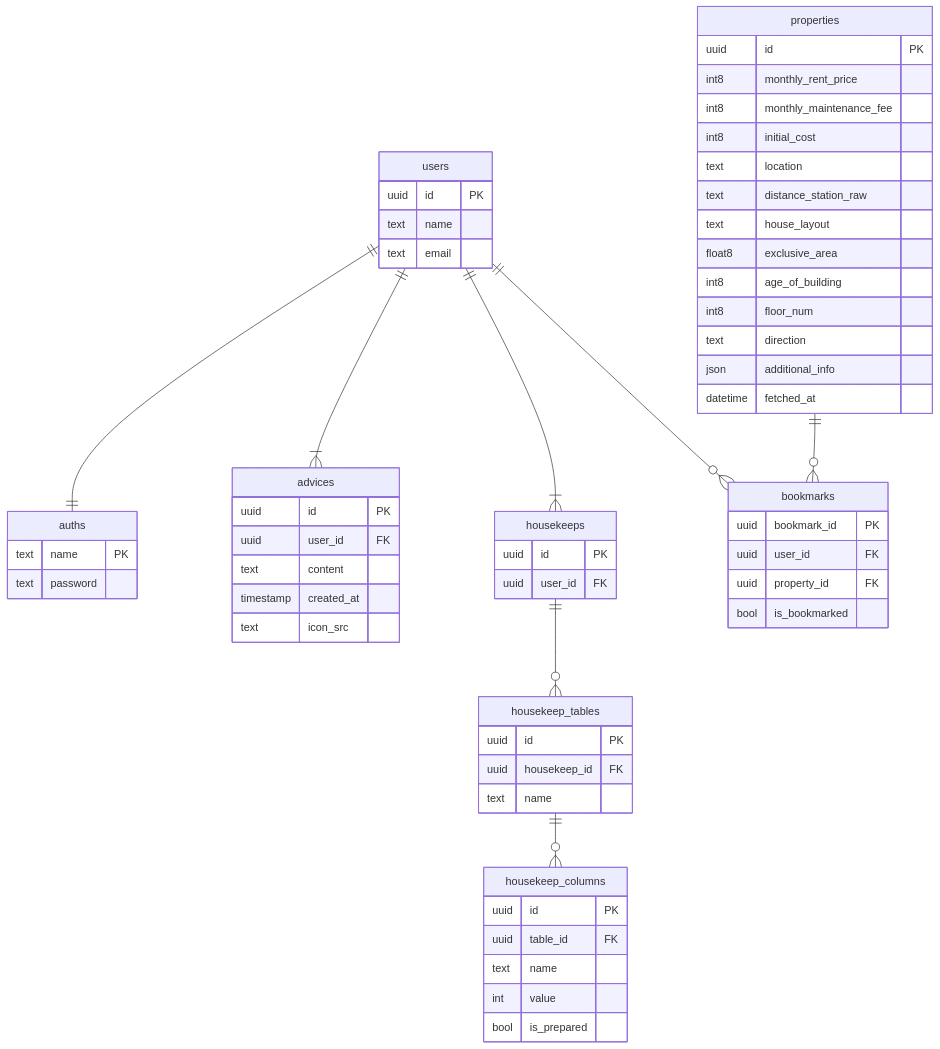
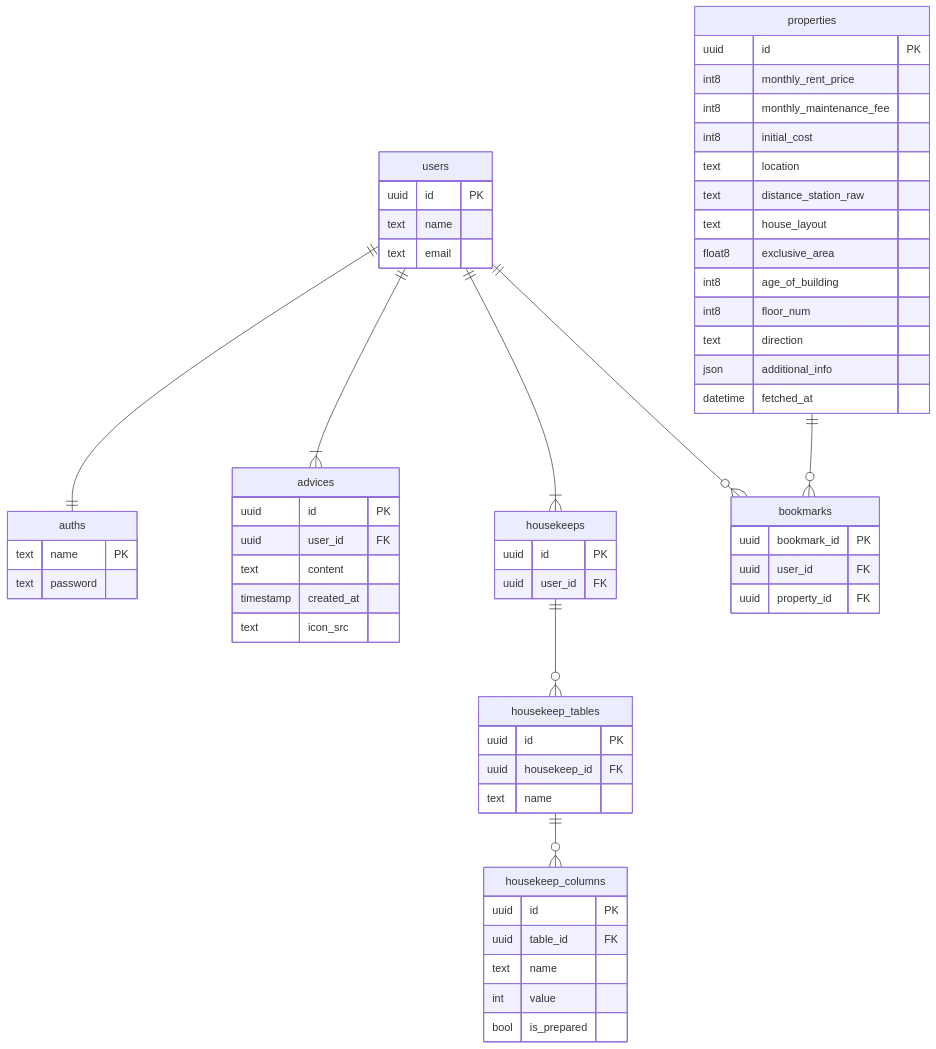
Before and after one commit to project-hikkoshiori/hikkoshiori: the diagram in docs/ER.md, drawn with Mermaid. The commit also changed 6 other files, not shown here.

````diff
--- a/docs/ER.md
+++ b/docs/ER.md
@@ -1,74 +1,73 @@
 ```mermaid
 erDiagram
 
     users ||--|| auths: ""
     users ||--|{ advices: ""
     users ||--|{ housekeeps: ""
     users ||--o{ bookmarks: ""
     housekeeps ||--o{ housekeep_tables: ""
     housekeep_tables ||--o{ housekeep_columns: ""
     properties ||--o{ bookmarks: ""
 
     auths {
         text name PK
         text password
     }
 
     users {
         uuid id PK
         text name
         text email
     }
 
     advices {
         uuid id PK
         uuid user_id FK
         text content
         timestamp created_at
         text icon_src
     }
 
     housekeeps {
         uuid id PK
         uuid user_id FK
     }
 
     housekeep_tables {
         uuid id PK
         uuid housekeep_id FK
         text name
     }
 
     housekeep_columns {
         uuid id PK
         uuid table_id FK
         text name
         int value
         bool is_prepared
     }
 
 
     bookmarks{
         uuid bookmark_id PK
         uuid user_id FK
         uuid property_id FK
-        bool is_bookmarked
     }
 
     properties{
         uuid id PK
         int8 monthly_rent_price
         int8 monthly_maintenance_fee
         int8 initial_cost
         text location
         text distance_station_raw
         text house_layout
         float8 exclusive_area
         int8 age_of_building
         int8 floor_num
         text direction
         json additional_info
         datetime fetched_at
     }
 
 ```
````
